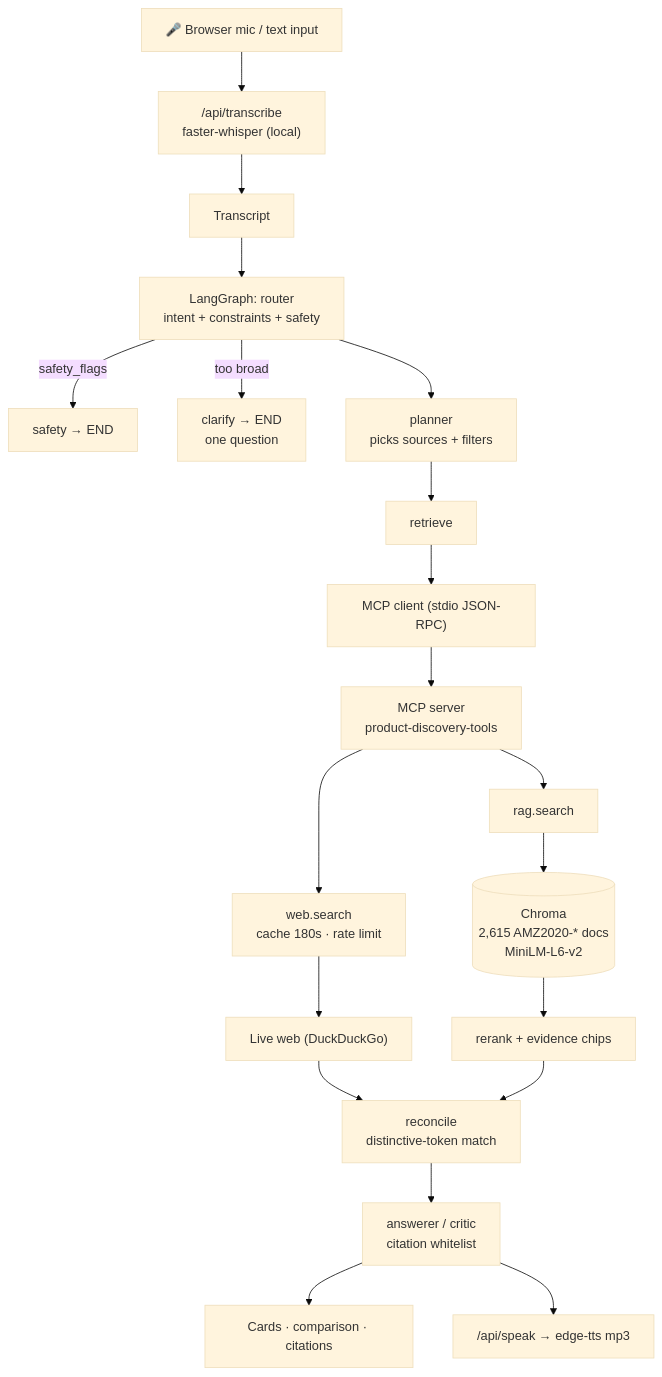
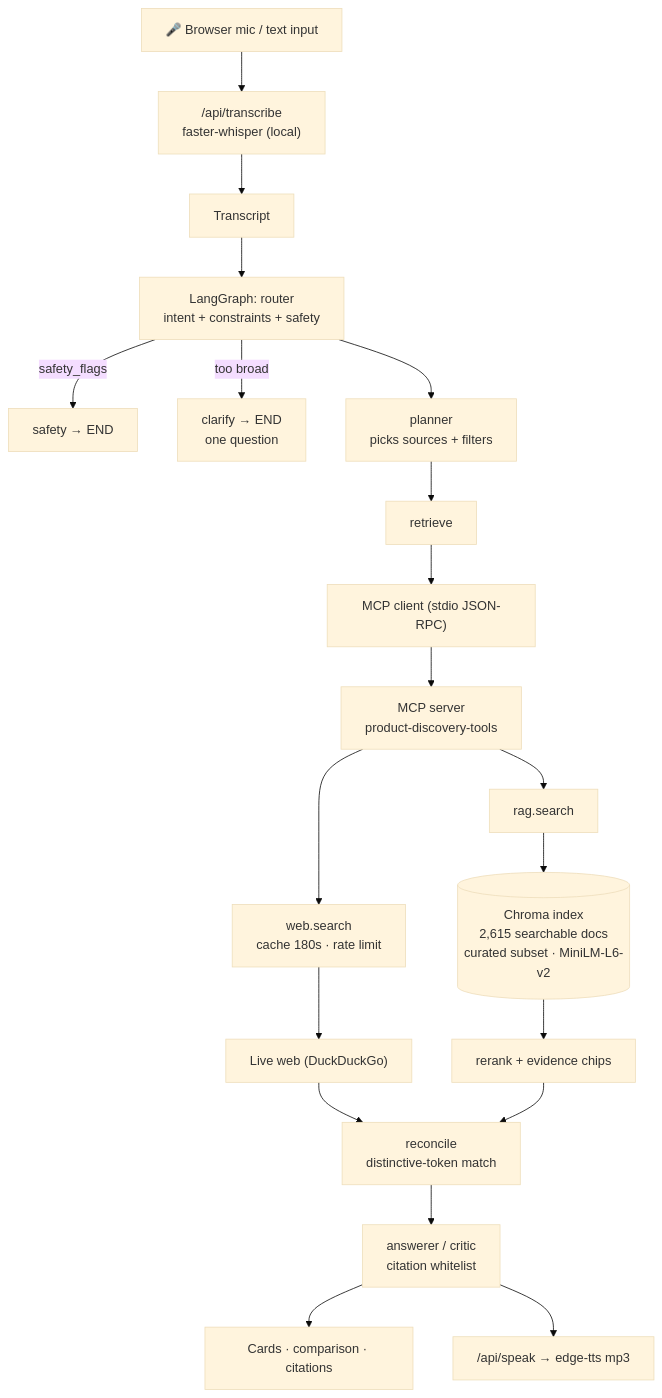
Before and after one commit to aimanaltoubi/voice-product-discovery: the diagram in README.md, drawn with Mermaid (base theme). The commit also changed other lines of this file and 20 other files, not shown here.

````diff
--- a/README.md
+++ b/README.md
@@ -111,22 +111,22 @@
 ```mermaid
 flowchart TD
   MIC["🎤 Browser mic / text input"] --> ASR["/api/transcribe<br/>faster-whisper (local)"]
   ASR --> T["Transcript"]
   T --> RT["LangGraph: router<br/>intent + constraints + safety"]
   RT -->|safety_flags| SAFE["safety → END"]
   RT -->|too broad| CLR["clarify → END<br/>one question"]
   RT --> PL["planner<br/>picks sources + filters"]
   PL --> RET["retrieve"]
   RET --> MCPC["MCP client (stdio JSON-RPC)"]
   MCPC --> MCPS["MCP server<br/>product-discovery-tools"]
   MCPS --> RAG["rag.search"]
   MCPS --> WEB["web.search<br/>cache 180s · rate limit"]
-  RAG --> CH[("Chroma<br/>2,615 AMZ2020-* docs<br/>MiniLM-L6-v2")]
+  RAG --> CH[("Chroma index<br/>2,615 searchable docs<br/>curated subset · MiniLM-L6-v2")]
   WEB --> DDG["Live web (DuckDuckGo)"]
   CH --> RR["rerank + evidence chips"]
   DDG --> REC["reconcile<br/>distinctive-token match"]
   RR --> REC
   REC --> ANS["answerer / critic<br/>citation whitelist"]
   ANS --> UI["Cards · comparison · citations"]
   ANS --> TTS["/api/speak → edge-tts mp3"]
 ```
````
